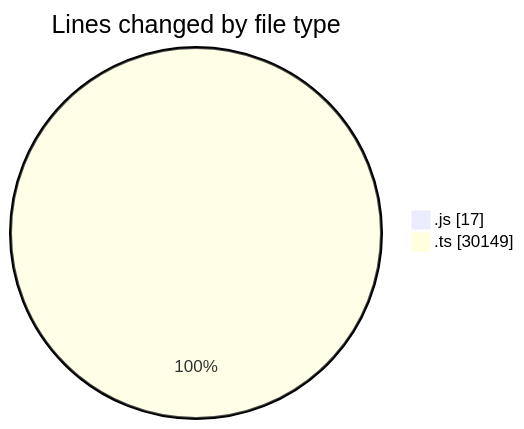
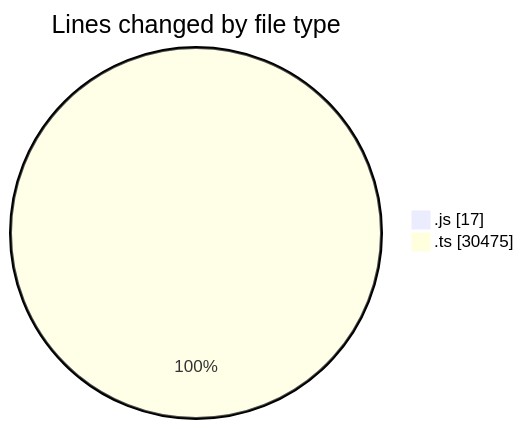
The first of 2 diagrams in 2026-07-27/cda/README.md (momahboobian/code-tracking), drawn with Mermaid before and after one commit. The commit also changed other lines of this file and 1 other file, not shown here.

````diff
--- a/2026-07-27/cda/README.md
+++ b/2026-07-27/cda/README.md
@@ -25,6 +26,6 @@
 ```mermaid
 pie showData
 title Lines changed by file type
 ".js" : 17
-".ts" : 30149
+".ts" : 30475
 ```
````
